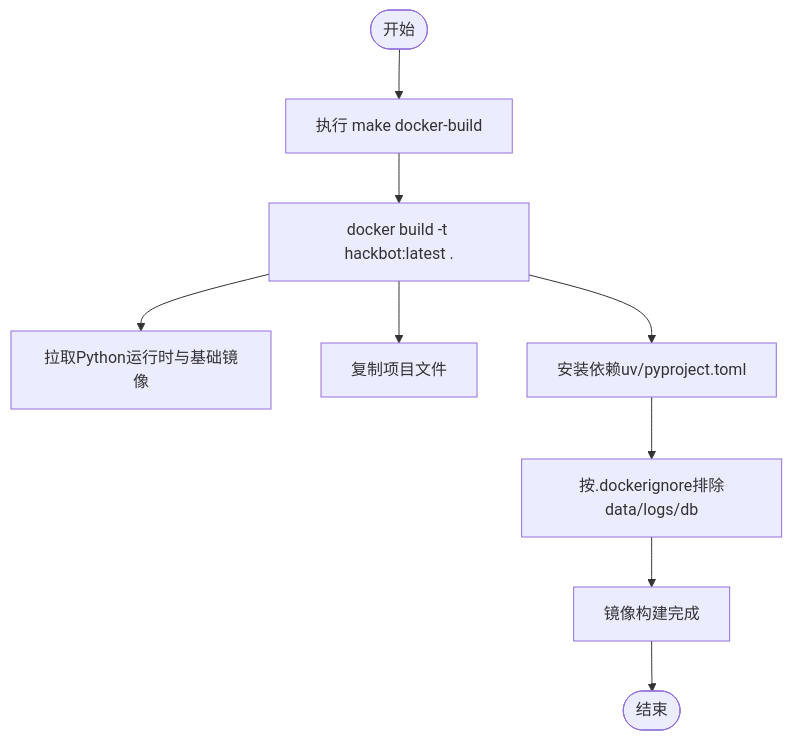
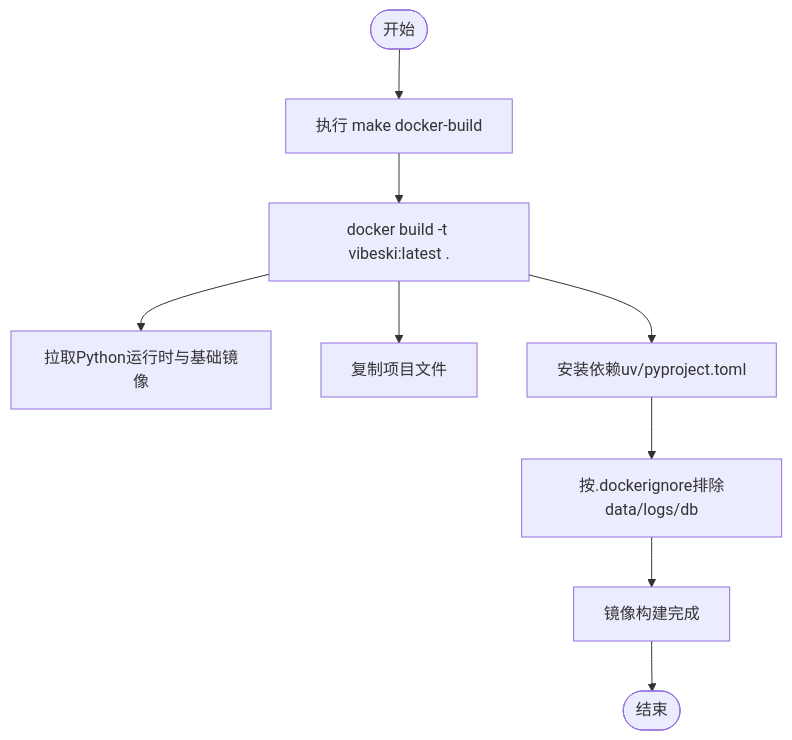
The third of 7 diagrams in .qoder/repowiki/zh/content/部署与运维/Docker容器化部署.md (crabin/VIBESKI), drawn with Mermaid before and after one commit. The commit also changed other lines of this file and 170 other files, not shown here.

Commit message:
chore: rename all secbot/hackbot identifiers to vibeski

````diff
--- a/.qoder/repowiki/zh/content/部署与运维/Docker容器化部署.md
+++ b/.qoder/repowiki/zh/content/部署与运维/Docker容器化部署.md
@@ -127,11 +127,11 @@
 ```mermaid
 flowchart TD
 Start(["开始"]) --> Make["执行 make docker-build"]
-Make --> DockerBuild["docker build -t hackbot:latest ."]
+Make --> DockerBuild["docker build -t vibeski:latest ."]
 DockerBuild --> PullDeps["拉取Python运行时与基础镜像"]
 DockerBuild --> CopyProj["复制项目文件"]
 DockerBuild --> InstallDeps["安装依赖uv/pyproject.toml"]
 InstallDeps --> Exclude["按.dockerignore排除data/logs/db"]
 Exclude --> ImageReady["镜像构建完成"]
 ImageReady --> End(["结束"])
 ```
````
